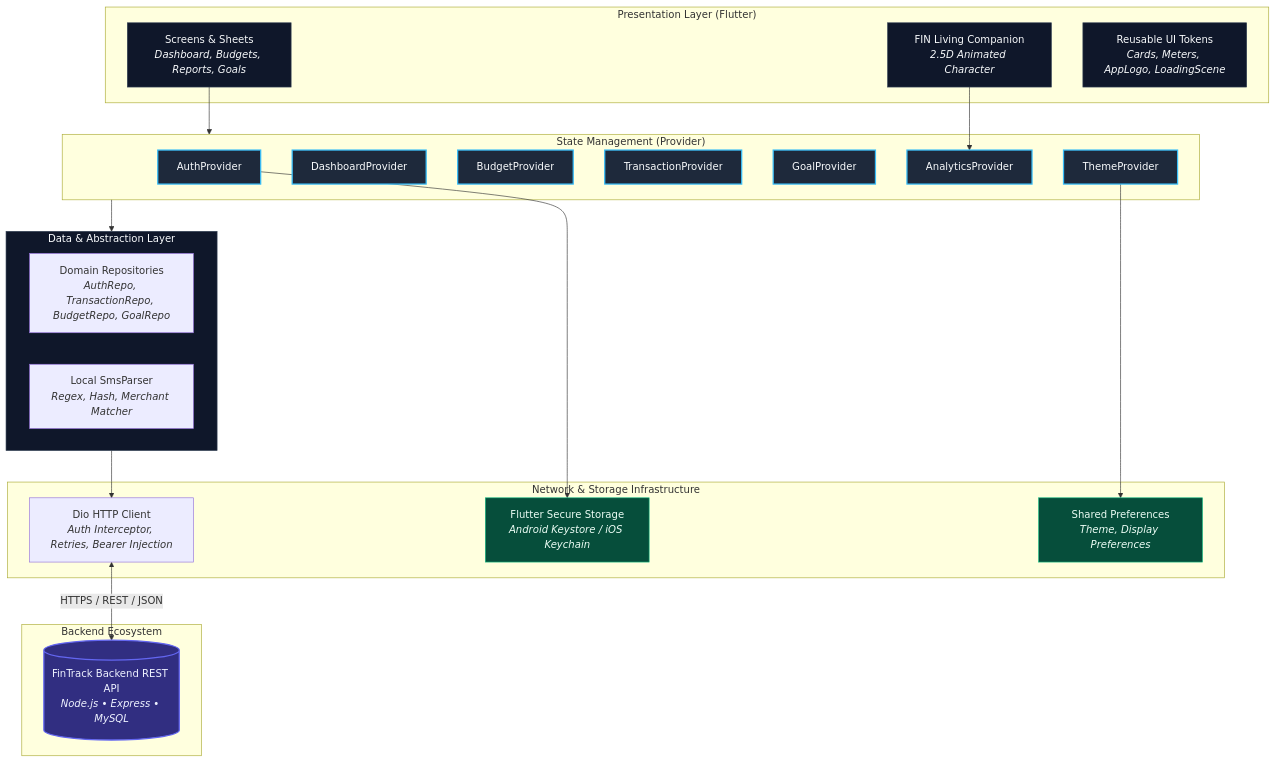
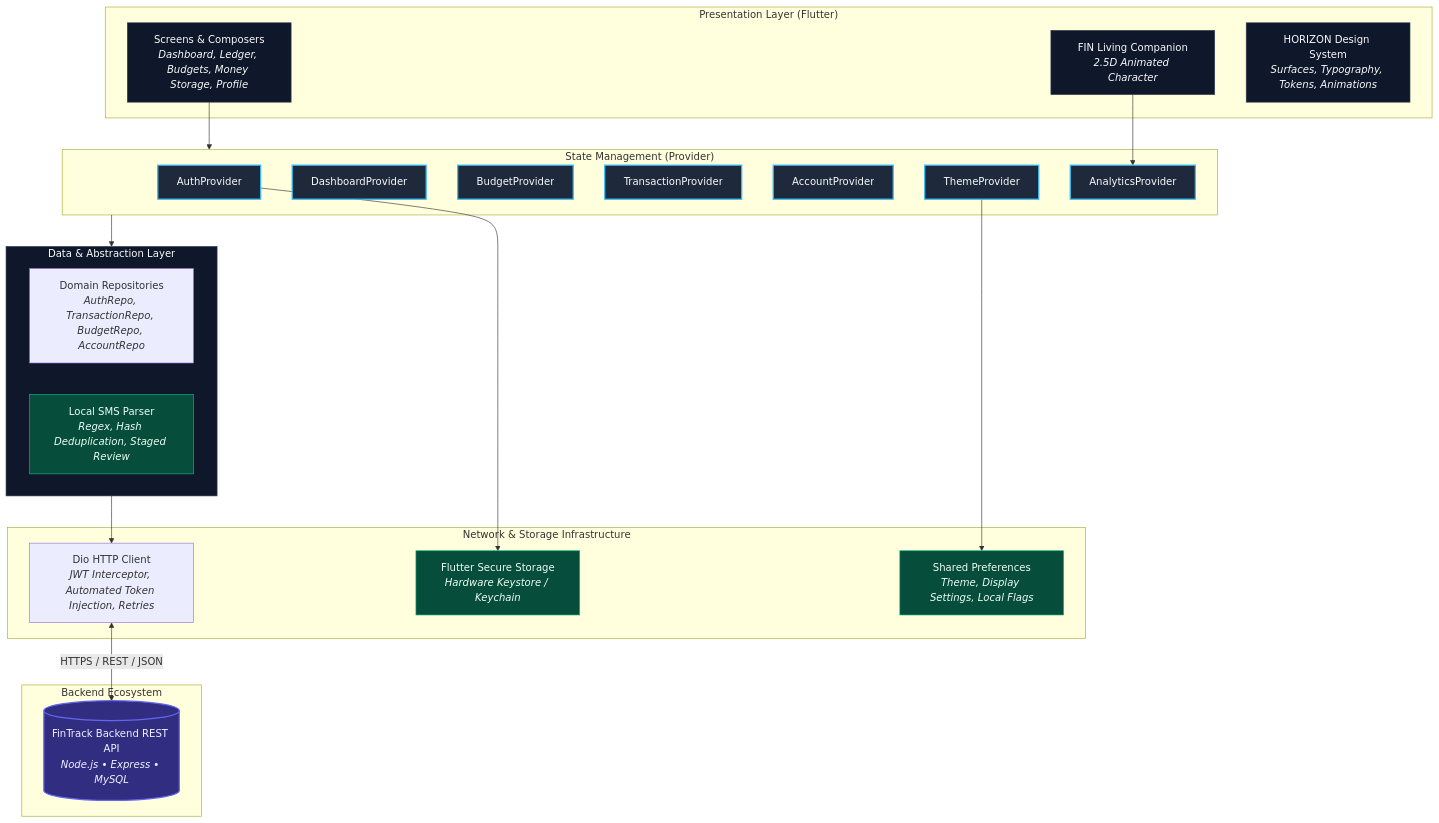
The diagram in README.md (Mubashir-114/fintrack_app), drawn with Mermaid before and after one commit. The commit also changed other lines of this file and 13 other files, not shown here.

Commit message:
docs(readme): refresh FinTrack HORIZON showcase

````diff
--- a/README.md
+++ b/README.md
@@ -104,51 +175,51 @@
 ```mermaid
 flowchart TD
     subgraph UI_Layer["Presentation Layer (Flutter)"]
-        Screens["Screens & Sheets<br><i>Dashboard, Budgets, Reports, Goals</i>"]
+        Screens["Screens & Composers<br><i>Dashboard, Ledger, Budgets, Money Storage, Profile</i>"]
         FIN_Widget["FIN Living Companion<br><i>2.5D Animated Character</i>"]
-        Widgets["Reusable UI Tokens<br><i>Cards, Meters, AppLogo, LoadingScene</i>"]
+        HorizonTokens["HORIZON Design System<br><i>Surfaces, Typography, Tokens, Animations</i>"]
     end
 
     subgraph State_Layer["State Management (Provider)"]
         AuthProv["AuthProvider"]
         DashProv["DashboardProvider"]
         BudgetProv["BudgetProvider"]
         TxProv["TransactionProvider"]
-        GoalProv["GoalProvider"]
-        AnalyticsProv["AnalyticsProvider"]
+        AccountProv["AccountProvider"]
         ThemeProv["ThemeProvider"]
+        FinProv["AnalyticsProvider"]
     end
 
     subgraph Domain_Layer["Data & Abstraction Layer"]
-        Repos["Domain Repositories<br><i>AuthRepo, TransactionRepo, BudgetRepo, GoalRepo</i>"]
-        SmsEngine["Local SmsParser<br><i>Regex, Hash, Merchant Matcher</i>"]
+        Repos["Domain Repositories<br><i>AuthRepo, TransactionRepo, BudgetRepo, AccountRepo</i>"]
+        SmsEngine["Local SMS Parser<br><i>Regex, Hash Deduplication, Staged Review</i>"]
     end
 
-    subgraph Client_Layer["Network & Storage Infrastructure"]
-        ApiClient["Dio HTTP Client<br><i>Auth Interceptor, Retries, Bearer Injection</i>"]
-        SecureStore["Flutter Secure Storage<br><i>Android Keystore / iOS Keychain</i>"]
-        SharedPrefs["Shared Preferences<br><i>Theme, Display Preferences</i>"]
+    subgraph Infrastructure_Layer["Network & Storage Infrastructure"]
+        ApiClient["Dio HTTP Client<br><i>JWT Interceptor, Automated Token Injection, Retries</i>"]
+        SecureStore["Flutter Secure Storage<br><i>Hardware Keystore / Keychain</i>"]
+        SharedPrefs["Shared Preferences<br><i>Theme, Display Settings, Local Flags</i>"]
     end
 
     subgraph Remote_Layer["Backend Ecosystem"]
         BackendAPI[("FinTrack Backend REST API<br><i>Node.js • Express • MySQL</i>")]
     end
 
     Screens --> State_Layer
-    FIN_Widget --> AnalyticsProv
+    FIN_Widget --> FinProv
     State_Layer --> Domain_Layer
     AuthProv --> SecureStore
     ThemeProv --> SharedPrefs
     Domain_Layer --> ApiClient
     ApiClient <-->|HTTPS / REST / JSON| BackendAPI
 
     classDef dark fill:#0F172A,stroke:#334155,stroke-width:1px,color:#F8FAFC;
     classDef highlight fill:#1E293B,stroke:#38BDF8,stroke-width:2px,color:#F8FAFC;
     classDef storage fill:#064E3B,stroke:#10B981,stroke-width:1px,color:#ECFDF5;
     classDef backend fill:#312E81,stroke:#6366F1,stroke-width:2px,color:#EEF2FF;
 
-    class Screens,FIN_Widget,Widgets,Domain_Layer dark;
-    class AuthProv,DashProv,BudgetProv,TxProv,GoalProv,AnalyticsProv,ThemeProv highlight;
-    class SecureStore,SharedPrefs storage;
+    class Screens,FIN_Widget,HorizonTokens,Domain_Layer dark;
+    class AuthProv,DashProv,BudgetProv,TxProv,AccountProv,ThemeProv,FinProv highlight;
+    class SecureStore,SharedPrefs,SmsEngine storage;
     class BackendAPI backend;
 ```
````
